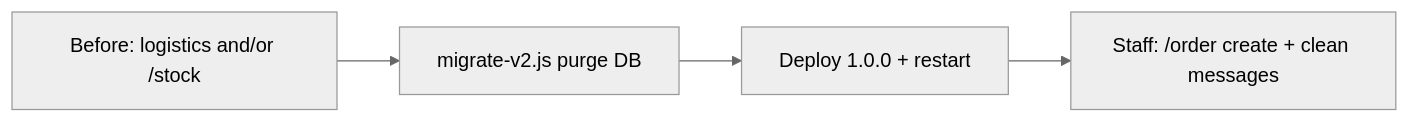
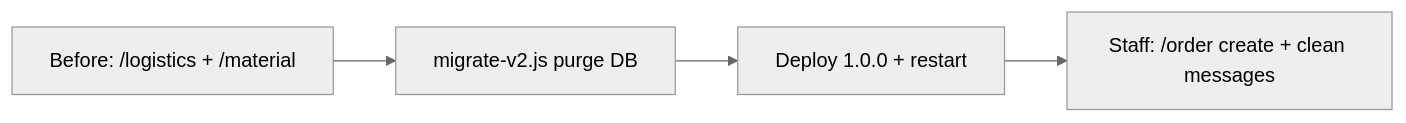
One commit to Jokod/discord-bot-foxhole changed the diagram in docs/MIGRATION.md. Above: the diagram before and after it, drawn with Mermaid (neutral theme). The commit also changed other lines of this file and 41 other files, not shown here.

````diff
--- a/docs/MIGRATION.md
+++ b/docs/MIGRATION.md
@@ -35,8 +33,8 @@
 ```mermaid
 flowchart LR
-  Old["Before: logistics and/or /stock"]
+  Old["Before: /logistics + /material"]
   Migrate["migrate-v2.js purge DB"]
   Deploy["Deploy 1.0.0 + restart"]
   Recreate["Staff: /order create + clean messages"]
   Old --> Migrate --> Deploy --> Recreate
 ```
````
